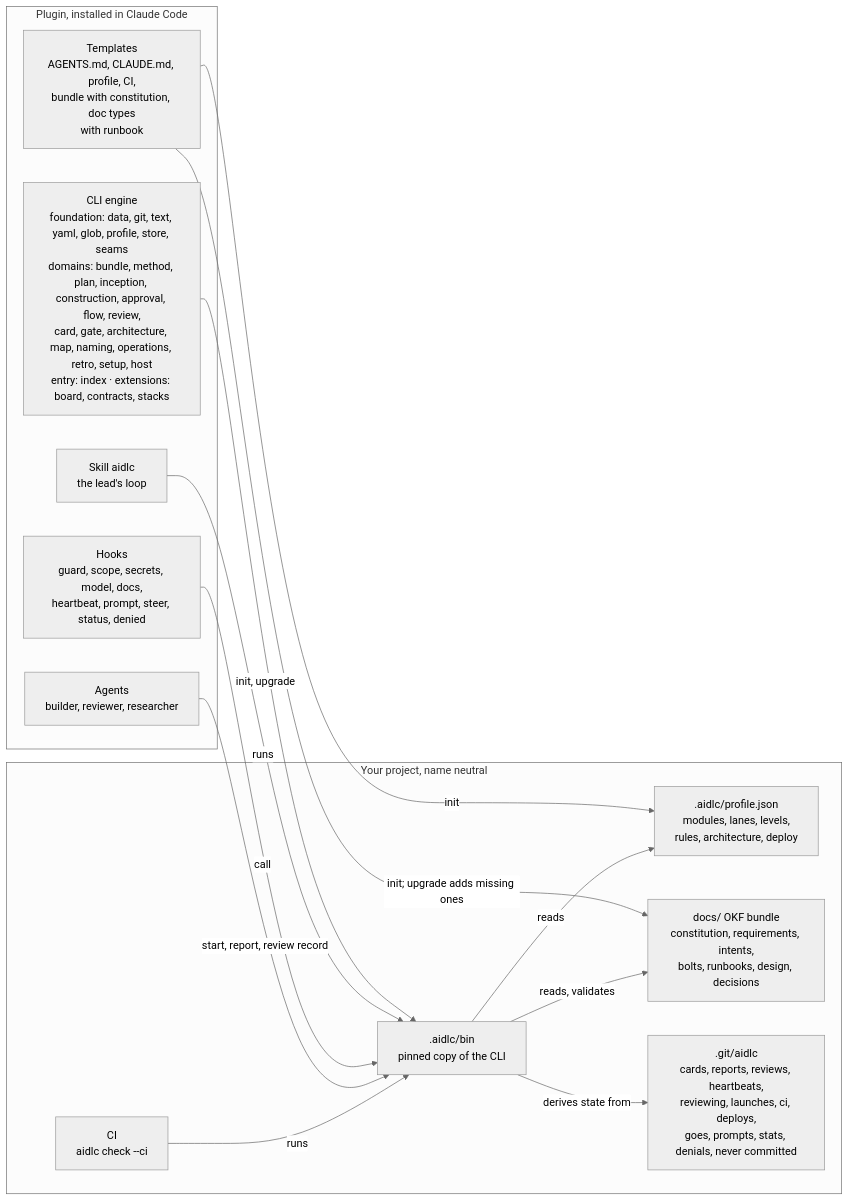
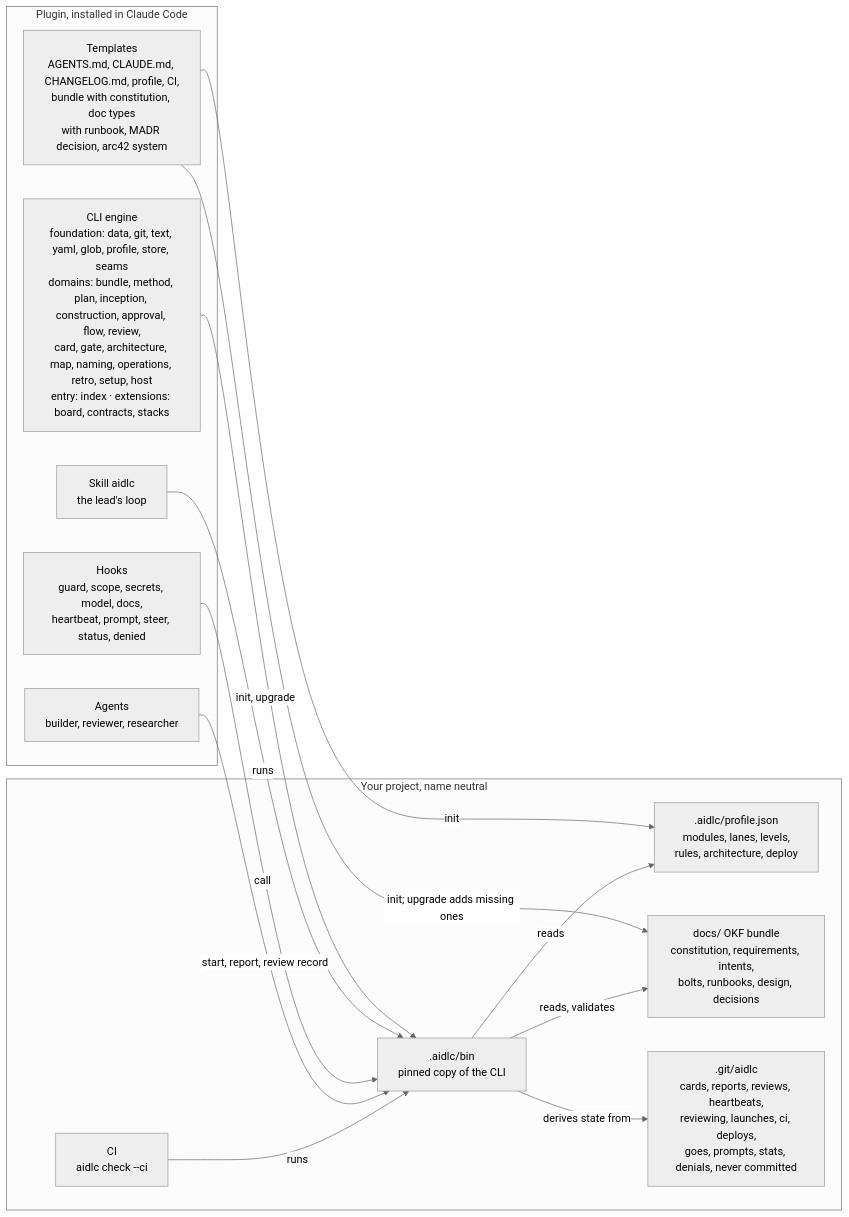
Before and after one commit to Scrollout/aidlc-team-plugin: the second of 2 diagrams in README.md, drawn with Mermaid (neutral theme). The commit also changed other lines of this file and 12 other files, not shown here.

````diff
--- a/README.md
+++ b/README.md
@@ -77,29 +52,29 @@
 ```mermaid
 flowchart LR
   subgraph plugin["Plugin, installed in Claude Code"]
     skill["Skill aidlc<br/>the lead's loop"]
     agents["Agents<br/>builder, reviewer, researcher"]
     hooks["Hooks<br/>guard, scope, secrets, model, docs,<br/>heartbeat, prompt, steer, status, denied"]
     cli["CLI engine<br/>foundation: data, git, text, yaml, glob, profile, store, seams<br/>domains: bundle, method, plan, inception, construction, approval, flow, review,<br/>card, gate, architecture, map, naming, operations, retro, setup, host<br/>entry: index · extensions: board, contracts, stacks"]
-    templates["Templates<br/>AGENTS.md, CLAUDE.md, profile, CI,<br/>bundle with constitution, doc types<br/>with runbook"]
+    templates["Templates<br/>AGENTS.md, CLAUDE.md, CHANGELOG.md, profile, CI,<br/>bundle with constitution, doc types<br/>with runbook, MADR decision, arc42 system"]
   end
 
   subgraph project["Your project, name neutral"]
     profile[".aidlc/profile.json<br/>modules, lanes, levels,<br/>rules, architecture, deploy"]
     bin[".aidlc/bin<br/>pinned copy of the CLI"]
     docs["docs/ OKF bundle<br/>constitution, requirements, intents,<br/>bolts, runbooks, design, decisions"]
     runtime[".git/aidlc<br/>cards, reports, reviews, heartbeats,<br/>reviewing, launches, ci, deploys,<br/>goes, prompts, stats, denials, never committed"]
     ci["CI<br/>aidlc check --ci"]
   end
 
   templates -- "init" --> profile
   templates -- "init; upgrade adds missing ones" --> docs
   cli -- "init, upgrade" --> bin
   skill -- "runs" --> bin
   hooks -- "call" --> bin
   agents -- "start, report, review record" --> bin
   ci -- "runs" --> bin
   bin -- "reads, validates" --> docs
   bin -- "reads" --> profile
   bin -- "derives state from" --> runtime
 ```
````
